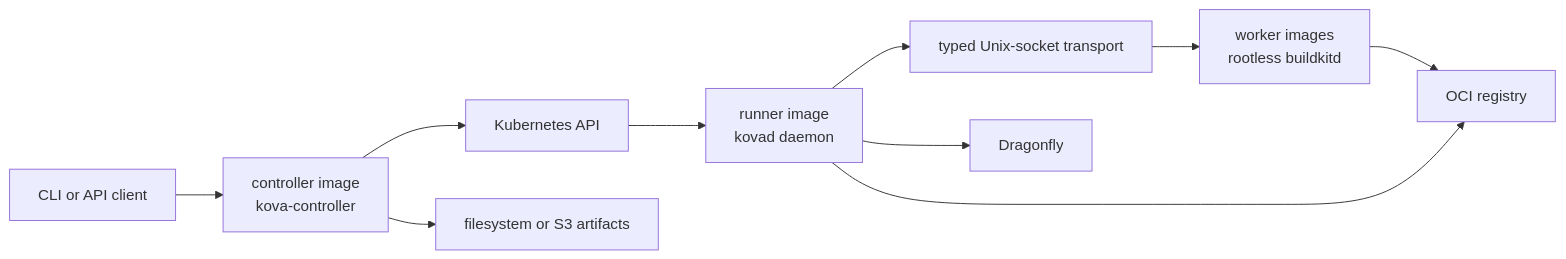
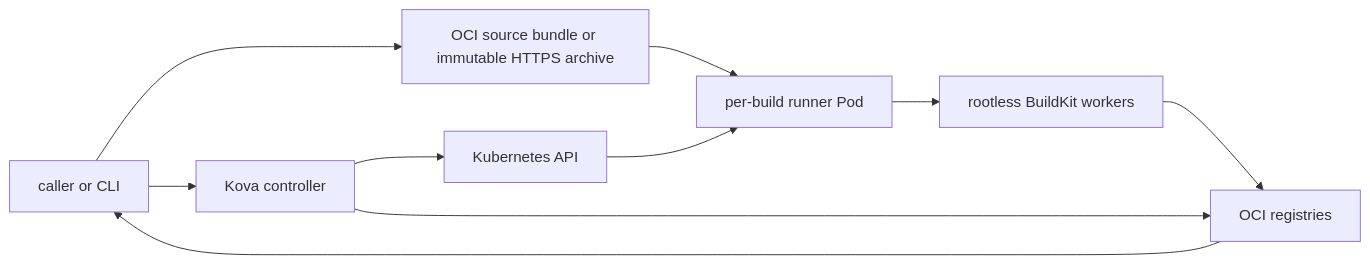
The diagram in docs/architecture.md (cofy-x/kova), drawn with Mermaid before and after one commit. The commit also changed other lines of this file and 96 other files, not shown here.

````diff
--- a/docs/architecture.md
+++ b/docs/architecture.md
@@ -66,22 +65,20 @@
 ```mermaid
 flowchart LR
-  client["CLI or API client"]
-  controller["controller image<br/>kova-controller"]
+  caller["caller or CLI"]
+  source["OCI source bundle or immutable HTTPS archive"]
+  controller["Kova controller"]
   api["Kubernetes API"]
-  store["filesystem or S3 artifacts"]
-  runner["runner image<br/>kovad daemon"]
-  transport["typed Unix-socket transport"]
-  workers["worker images<br/>rootless buildkitd"]
-  registry["OCI registry"]
-  dragonfly["Dragonfly"]
+  runner["per-build runner Pod"]
+  workers["rootless BuildKit workers"]
+  registry["OCI registries"]
 
-  client --> controller
-  controller --> store
+  caller --> source
+  caller --> controller
   controller --> api
   api --> runner
-  runner --> transport
-  transport --> workers
+  source --> runner
+  runner --> workers
   workers --> registry
-  runner --> registry
-  runner --> dragonfly
+  controller --> registry
+  registry --> caller
 ```
````
